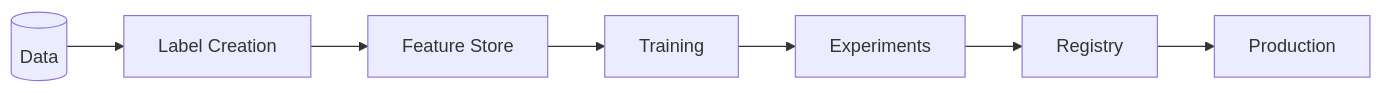
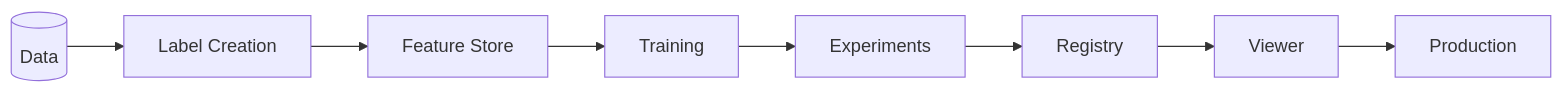
The first of 2 diagrams in docs/handson_guide.md (sfc-gh-kenokizono/mlops_snowflake_handson), drawn with Mermaid before and after one commit. The commit also changed other lines of this file and 3 other files, not shown here.

````diff
--- a/docs/handson_guide.md
+++ b/docs/handson_guide.md
@@ -15,4 +15,4 @@
 ```mermaid
 flowchart LR
-    A[(Data)] --> B[Label Creation] --> C[Feature Store] --> D[Training] --> E[Experiments] --> F[Registry] --> G[Production]
+    A[(Data)] --> B[Label Creation] --> C[Feature Store] --> D[Training] --> E[Experiments] --> F[Registry] --> G[Viewer] --> H[Production]
 ```
````
